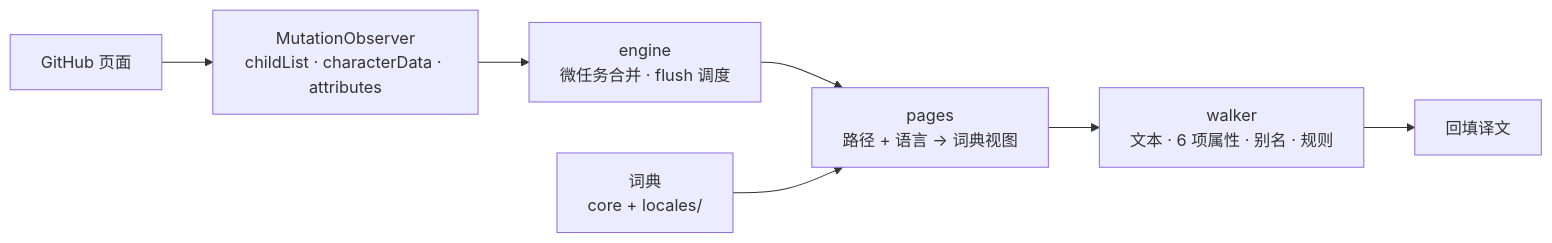
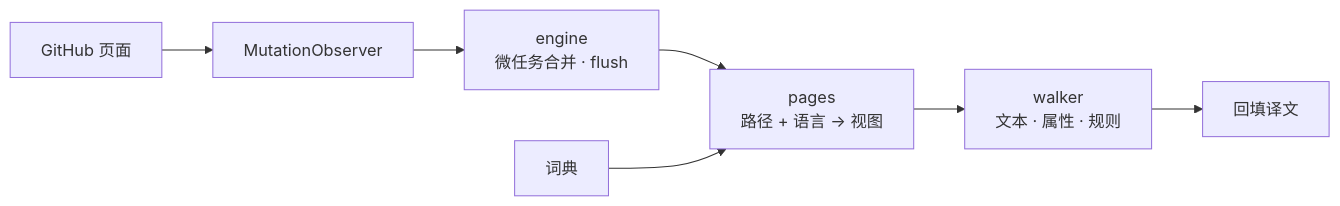
Before and after one commit to Oppenheymu/Github-i18n: the diagram in README.md, drawn with Mermaid. The commit also changed other lines of this file, not shown here.

Commit message:
docs: 精简 README，wordmark 改为 Github-i18n，管线图默认折叠

````diff
--- a/README.md
+++ b/README.md
@@ -104,9 +75,9 @@
 ```mermaid
 flowchart LR
-    GH["GitHub 页面"] --> OBS["MutationObserver<br/>childList · characterData · attributes"]
-    OBS --> ENGINE["engine<br/>微任务合并 · flush 调度"]
-    ENGINE --> VIEW["pages<br/>路径 + 语言 → 词典视图"]
-    DICT["词典<br/>core + locales/"] --> VIEW
-    VIEW --> WALKER["walker<br/>文本 · 6 项属性 · 别名 · 规则"]
+    GH["GitHub 页面"] --> OBS["MutationObserver"]
+    OBS --> ENGINE["engine<br/>微任务合并 · flush"]
+    ENGINE --> VIEW["pages<br/>路径 + 语言 → 视图"]
+    DICT["词典"] --> VIEW
+    VIEW --> WALKER["walker<br/>文本 · 属性 · 规则"]
     WALKER --> DOM["回填译文"]
 ```
````
